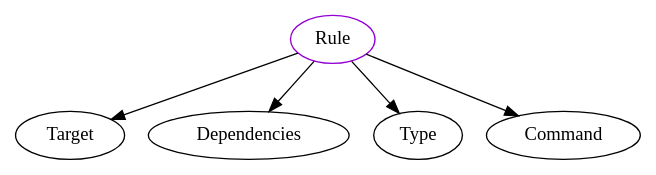
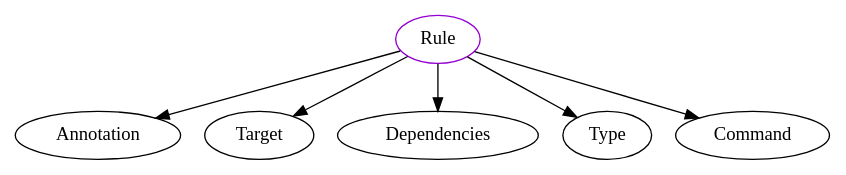
One commit to JacquesCarette/Drasil changed the diagram in analysis/TypeDependencyGraphs/build/Rule.dot. Above: the diagram before and after it, drawn with Graphviz. The commit also changed 519 other files, not shown here.

```diff
--- a/analysis/TypeDependencyGraphs/build/Rule.dot
+++ b/analysis/TypeDependencyGraphs/build/Rule.dot
@@ -1,7 +1,8 @@
 digraph rule{
 Rule	[shape=oval, color=darkviolet, label="Rule"];
+Rule -> Annotation;
 Rule -> Target;
 Rule -> Dependencies;
 Rule -> Type;
 Rule -> Command;
 }
```
